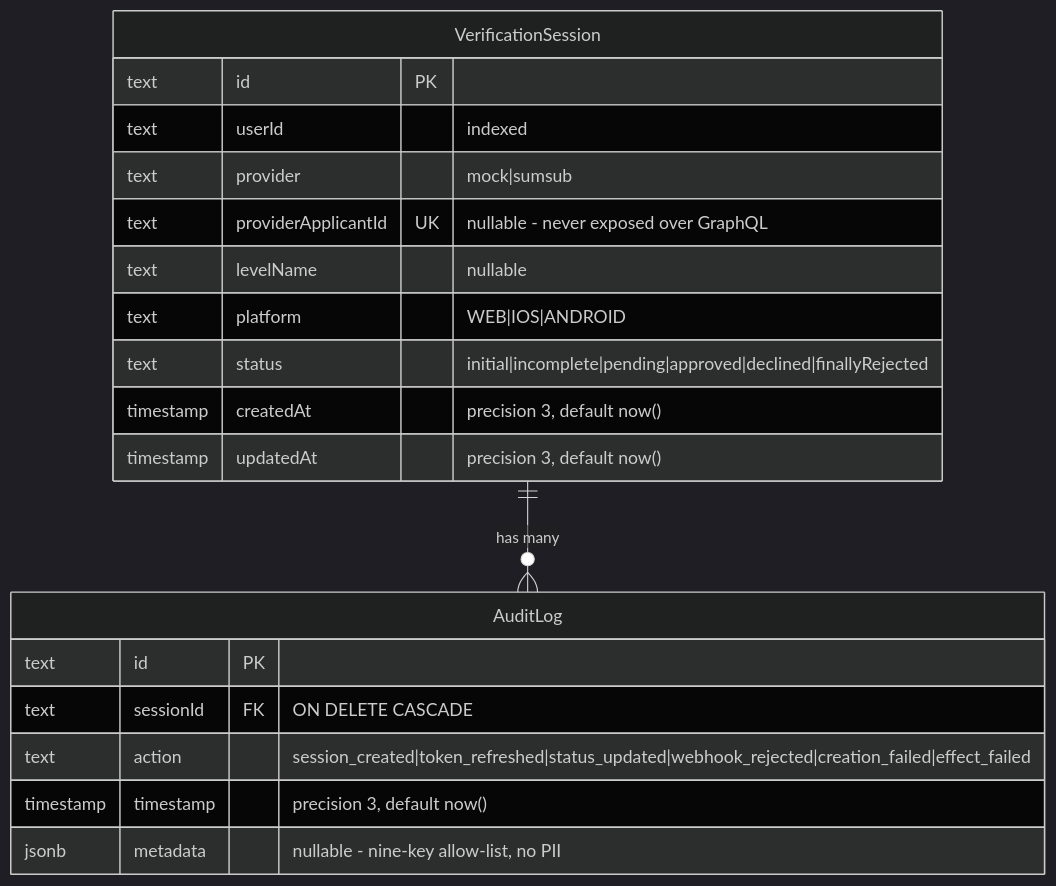
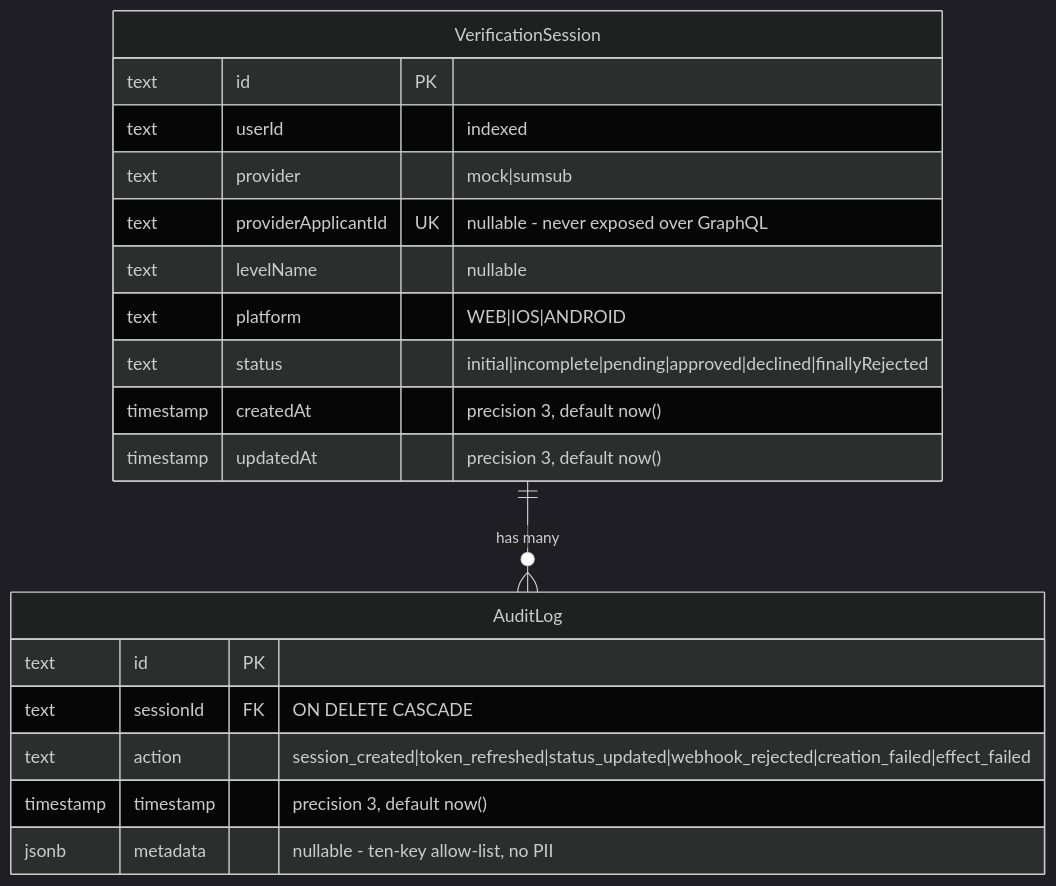
Before and after one commit to blinkbitcoin/kyc: the diagram in docs/diagrams/src/database-erd.mmd, drawn with Mermaid (dark theme). The commit also changed 15 other files, not shown here.

```diff
--- a/docs/diagrams/src/database-erd.mmd
+++ b/docs/diagrams/src/database-erd.mmd
@@ -1,22 +1,22 @@
 erDiagram
     VerificationSession ||--o{ AuditLog : "has many"
 
     VerificationSession {
         text id PK
         text userId "indexed"
         text provider "mock|sumsub"
         text providerApplicantId UK "nullable - never exposed over GraphQL"
         text levelName "nullable"
         text platform "WEB|IOS|ANDROID"
         text status "initial|incomplete|pending|approved|declined|finallyRejected"
         timestamp createdAt "precision 3, default now()"
         timestamp updatedAt "precision 3, default now()"
     }
 
     AuditLog {
         text id PK
         text sessionId FK "ON DELETE CASCADE"
         text action "session_created|token_refreshed|status_updated|webhook_rejected|creation_failed|effect_failed"
         timestamp timestamp "precision 3, default now()"
-        jsonb metadata "nullable - nine-key allow-list, no PII"
+        jsonb metadata "nullable - ten-key allow-list, no PII"
     }
```
